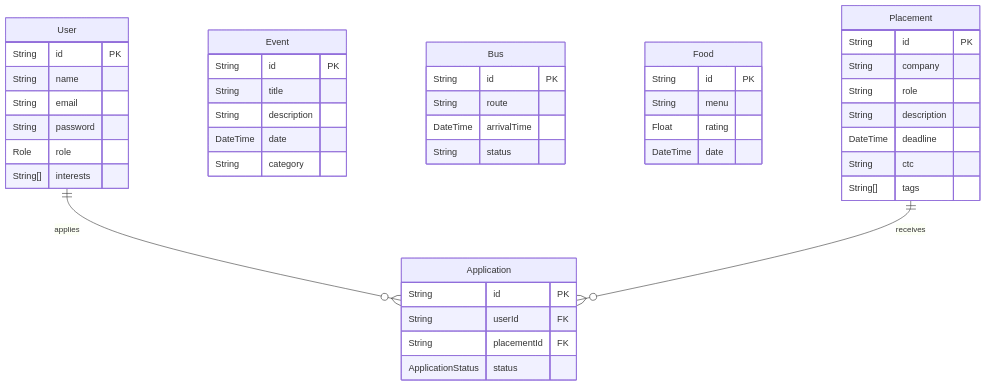
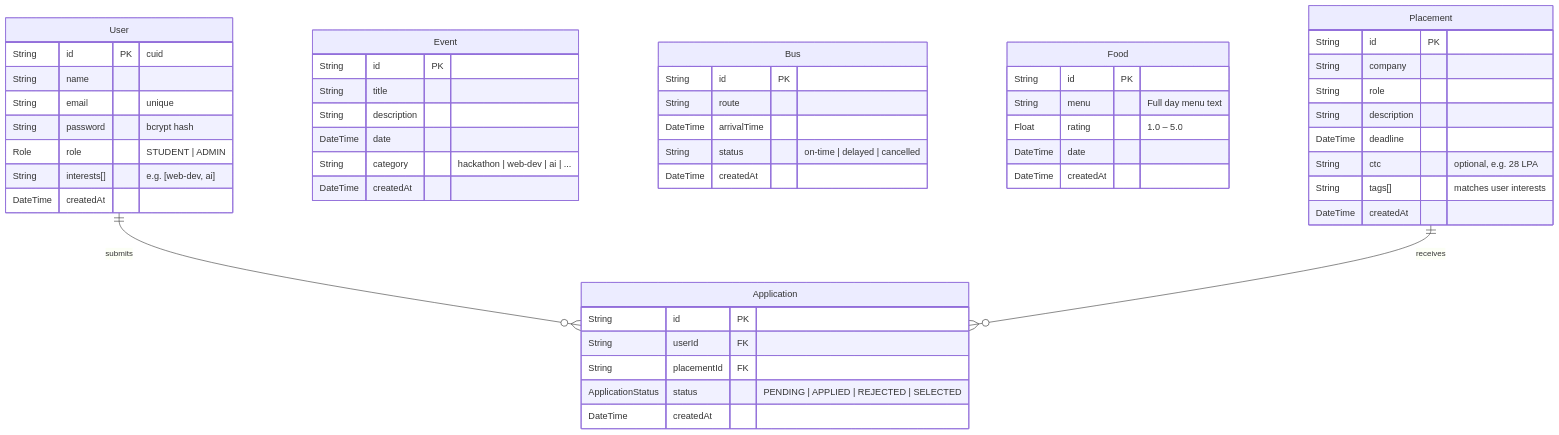
One commit to Tejas-Dherange/VibeAstra changed the second of 2 diagrams in README.md. Above: the diagram before and after it, drawn with Mermaid. The commit also changed other lines of this file, not shown here.

````diff
--- a/README.md
+++ b/README.md
@@ -148,48 +204,59 @@
 ```mermaid
 erDiagram
     User {
-        String id PK
-        String name
-        String email
-        String password
-        Role   role
-        String[] interests
-    }
-    Event {
-        String id PK
-        String title
-        String description
-        DateTime date
-        String category
-    }
-    Bus {
-        String id PK
-        String route
-        DateTime arrivalTime
-        String status
-    }
-    Food {
-        String id PK
-        String menu
-        Float  rating
-        DateTime date
-    }
-    Placement {
-        String id PK
-        String company
-        String role
-        String description
-        DateTime deadline
-        String ctc
-        String[] tags
-    }
-    Application {
-        String id PK
-        String userId FK
-        String placementId FK
-        ApplicationStatus status
+        String  id          PK "cuid"
+        String  name
+        String  email       "unique"
+        String  password    "bcrypt hash"
+        Role    role        "STUDENT | ADMIN"
+        String  interests[] "e.g. [web-dev, ai]"
+        DateTime createdAt
     }
 
-    User ||--o{ Application : "applies"
+    Event {
+        String   id          PK
+        String   title
+        String   description
+        DateTime date
+        String   category    "hackathon | web-dev | ai | ..."
+        DateTime createdAt
+    }
+
+    Bus {
+        String   id          PK
+        String   route
+        DateTime arrivalTime
+        String   status      "on-time | delayed | cancelled"
+        DateTime createdAt
+    }
+
+    Food {
+        String   id       PK
+        String   menu     "Full day menu text"
+        Float    rating   "1.0 – 5.0"
+        DateTime date
+        DateTime createdAt
+    }
+
+    Placement {
+        String   id          PK
+        String   company
+        String   role
+        String   description
+        DateTime deadline
+        String   ctc         "optional, e.g. 28 LPA"
+        String   tags[]      "matches user interests"
+        DateTime createdAt
+    }
+
+    Application {
+        String            id          PK
+        String            userId      FK
+        String            placementId FK
+        ApplicationStatus status      "PENDING | APPLIED | REJECTED | SELECTED"
+        DateTime          createdAt
+    }
+
+    User ||--o{ Application : "submits"
     Placement ||--o{ Application : "receives"
 ```
````
